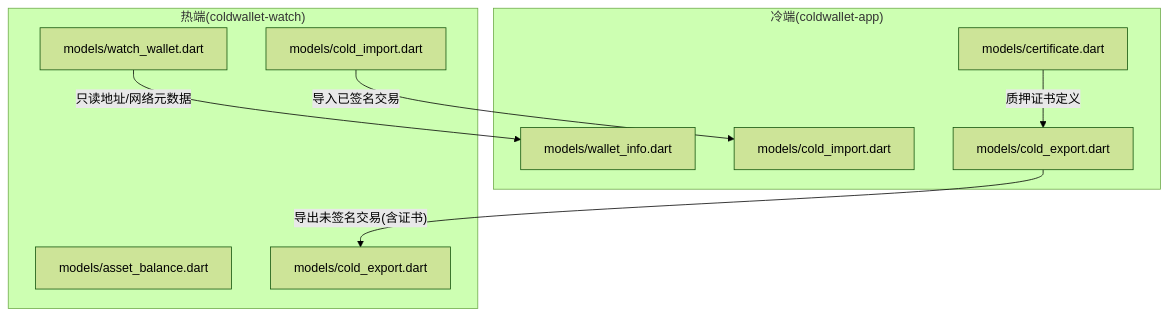
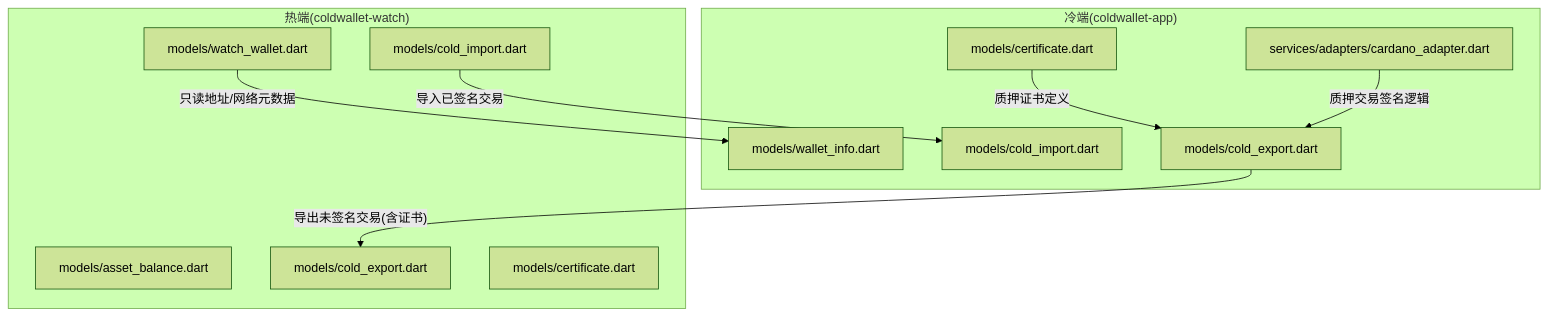
The first of 8 diagrams in .qoder/repowiki/zh/content/数据模型.md (EqualToEthan/stasis), drawn with Mermaid (forest theme) before and after one commit. The commit also changed other lines of this file and 60 other files, not shown here.

````diff
--- a/.qoder/repowiki/zh/content/数据模型.md
+++ b/.qoder/repowiki/zh/content/数据模型.md
@@ -54,19 +57,22 @@
 ```mermaid
 graph TB
 subgraph "冷端(coldwallet-app)"
 A["models/wallet_info.dart"]
 B["models/cold_export.dart"]
 C["models/cold_import.dart"]
 D["models/certificate.dart"]
+E["services/adapters/cardano_adapter.dart"]
 end
 subgraph "热端(coldwallet-watch)"
-E["models/watch_wallet.dart"]
-F["models/asset_balance.dart"]
-G["models/cold_export.dart"]
-H["models/cold_import.dart"]
+F["models/watch_wallet.dart"]
+G["models/asset_balance.dart"]
+H["models/cold_export.dart"]
+I["models/cold_import.dart"]
+J["models/certificate.dart"]
 end
-B --> |"导出未签名交易(含证书)"| G
-H --> |"导入已签名交易"| C
-E --> |"只读地址/网络元数据"| A
+B --> |"导出未签名交易(含证书)"| H
+I --> |"导入已签名交易"| C
+F --> |"只读地址/网络元数据"| A
 D --> |"质押证书定义"| B
+E --> |"质押交易签名逻辑"| B
 ```
````
